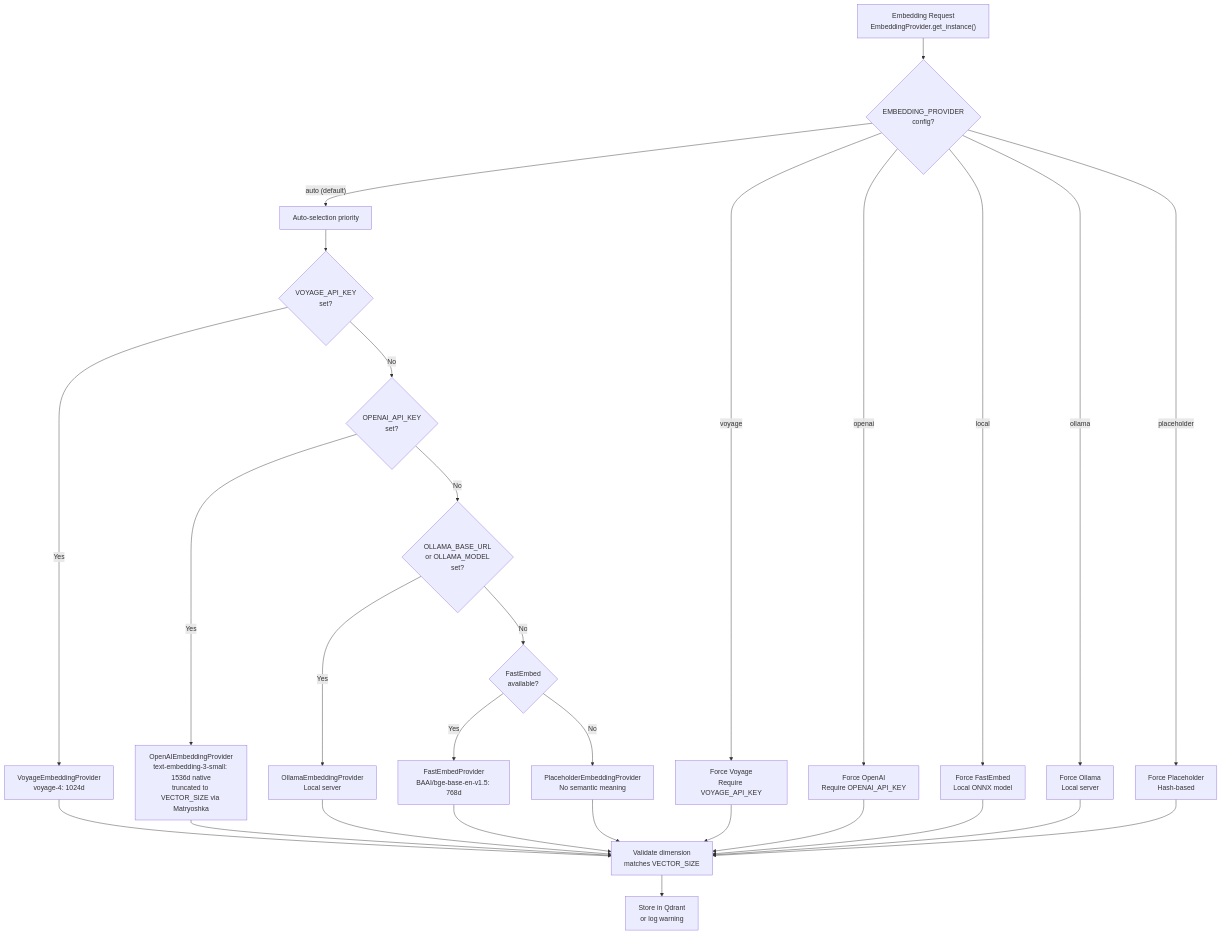
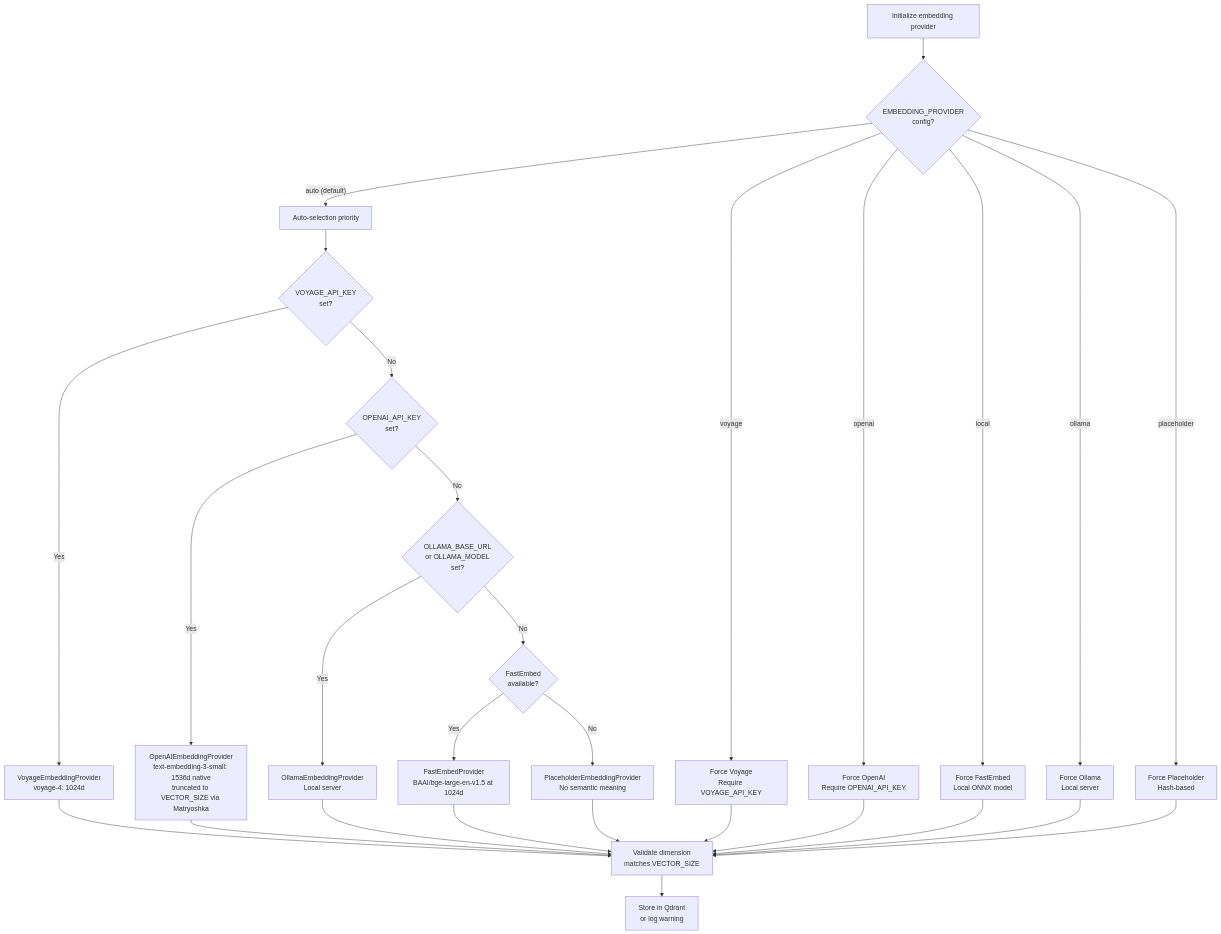
One commit to verygoodplugins/automem-website changed the first of 2 diagrams in src/content/docs/docs/architecture/embeddings.md. Above: the diagram before and after it, drawn with Mermaid. The commit also changed other lines of this file and 7 other files, not shown here.

````diff
--- a/src/content/docs/docs/architecture/embeddings.md
+++ b/src/content/docs/docs/architecture/embeddings.md
@@ -50,40 +50,40 @@
 ```mermaid
 flowchart TD
-    Request["Embedding Request<br/>EmbeddingProvider.get_instance()"]
+    Request["Initialize embedding provider"]
 
     Request --> CheckConfig{"EMBEDDING_PROVIDER<br/>config?"}
 
     CheckConfig -->|"auto (default)"| Priority["Auto-selection priority"]
     CheckConfig -->|"voyage"| ForceVoyage["Force Voyage<br/>Require VOYAGE_API_KEY"]
     CheckConfig -->|"openai"| ForceOpenAI["Force OpenAI<br/>Require OPENAI_API_KEY"]
     CheckConfig -->|"local"| ForceLocal["Force FastEmbed<br/>Local ONNX model"]
     CheckConfig -->|"ollama"| ForceOllama["Force Ollama<br/>Local server"]
     CheckConfig -->|"placeholder"| ForcePlaceholder["Force Placeholder<br/>Hash-based"]
 
     Priority --> Try1{"VOYAGE_API_KEY<br/>set?"}
     Try1 -->|Yes| Voyage["VoyageEmbeddingProvider<br/>voyage-4: 1024d"]
     Try1 -->|No| Try2{"OPENAI_API_KEY<br/>set?"}
 
     Try2 -->|Yes| OpenAI["OpenAIEmbeddingProvider<br/>text-embedding-3-small: 1536d native<br/>truncated to VECTOR_SIZE via Matryoshka"]
     Try2 -->|No| Try3{"OLLAMA_BASE_URL<br/>or OLLAMA_MODEL<br/>set?"}
 
     Try3 -->|Yes| Ollama["OllamaEmbeddingProvider<br/>Local server"]
     Try3 -->|No| Try4{"FastEmbed<br/>available?"}
 
-    Try4 -->|Yes| FastEmbed["FastEmbedProvider<br/>BAAI/bge-base-en-v1.5: 768d"]
+    Try4 -->|Yes| FastEmbed["FastEmbedProvider<br/>BAAI/bge-large-en-v1.5 at 1024d"]
     Try4 -->|No| Placeholder["PlaceholderEmbeddingProvider<br/>No semantic meaning"]
 
     Voyage --> Validate["Validate dimension<br/>matches VECTOR_SIZE"]
     OpenAI --> Validate
     Ollama --> Validate
     FastEmbed --> Validate
     Placeholder --> Validate
 
     ForceVoyage --> Validate
     ForceOpenAI --> Validate
     ForceLocal --> Validate
     ForceOllama --> Validate
     ForcePlaceholder --> Validate
 
     Validate --> Store["Store in Qdrant<br/>or log warning"]
 ```
````
